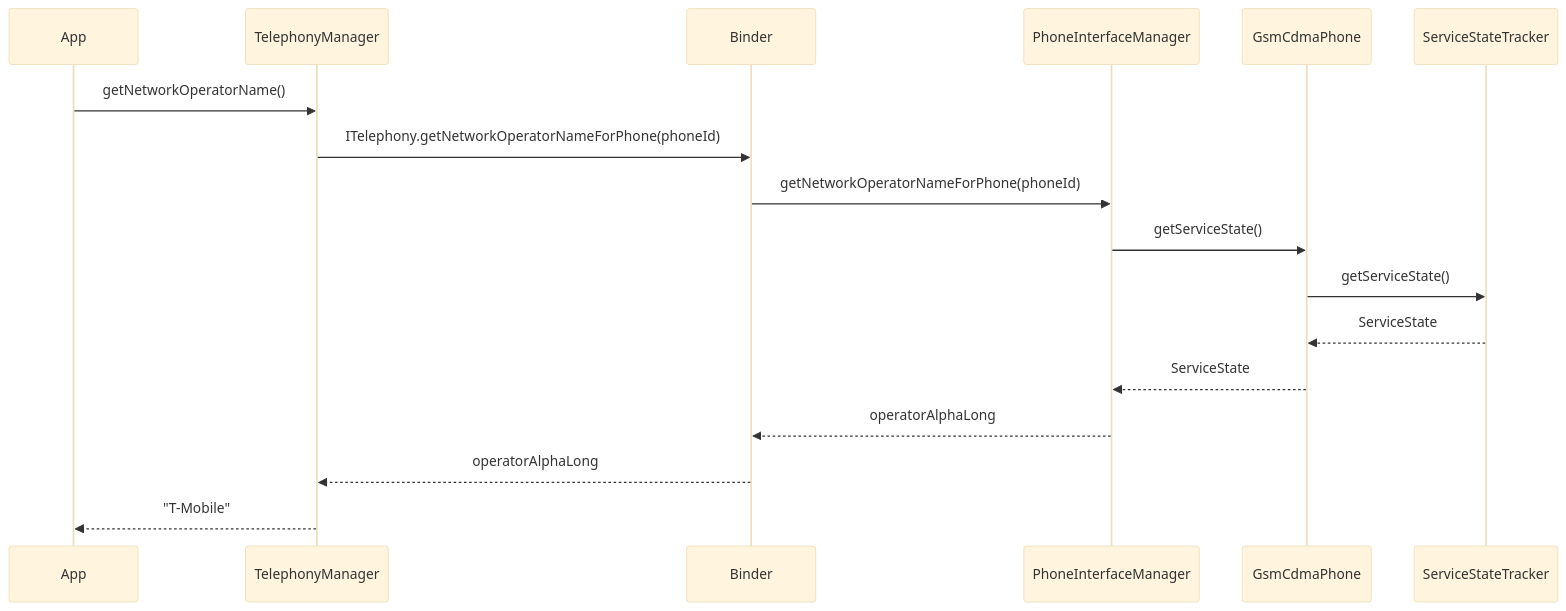
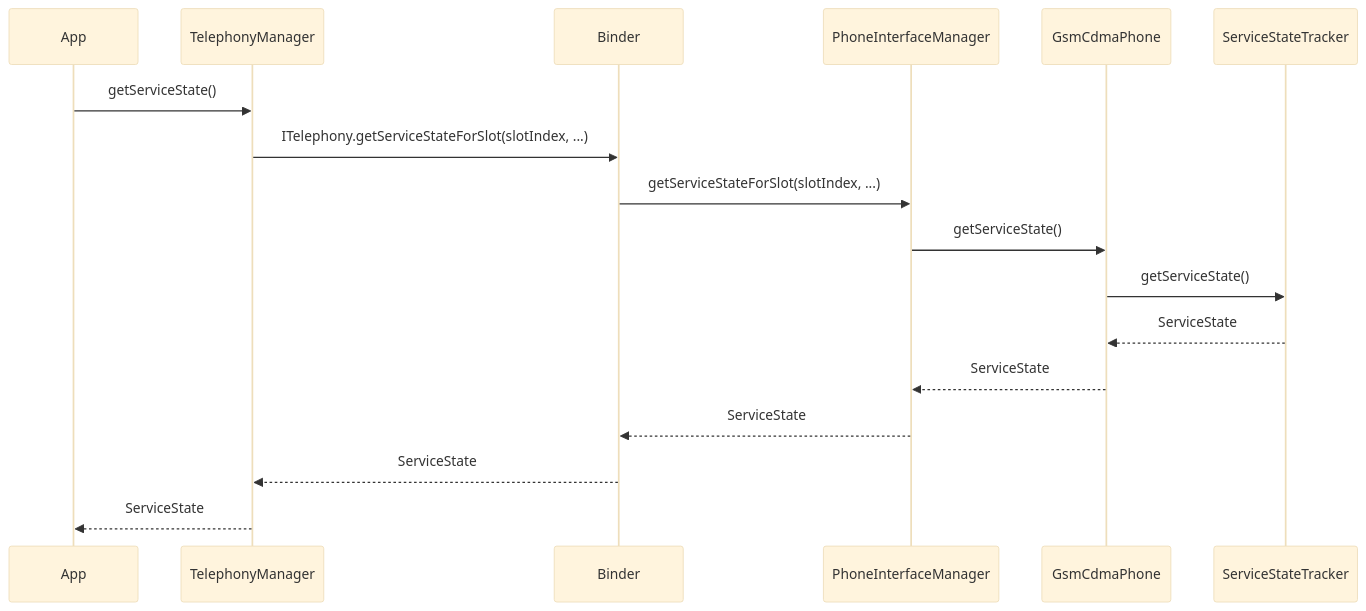
One commit to aospbooks/aosp-internal-book changed the second of 55 diagrams in 36-telephony.md. Above: the diagram before and after it, drawn with Mermaid (base theme). The commit also changed other lines of this file and 218 other files, not shown here.

````diff
--- a/36-telephony.md
+++ b/36-telephony.md
@@ -88,20 +91,20 @@
 ```mermaid
 sequenceDiagram
     participant App
     participant TM as TelephonyManager
     participant Binder
     participant PIM as PhoneInterfaceManager
     participant Phone as GsmCdmaPhone
     participant SST as ServiceStateTracker
 
-    App->>TM: getNetworkOperatorName()
-    TM->>Binder: ITelephony.getNetworkOperatorNameForPhone(phoneId)
-    Binder->>PIM: getNetworkOperatorNameForPhone(phoneId)
+    App->>TM: getServiceState()
+    TM->>Binder: ITelephony.getServiceStateForSlot(slotIndex, ...)
+    Binder->>PIM: getServiceStateForSlot(slotIndex, ...)
     PIM->>Phone: getServiceState()
     Phone->>SST: getServiceState()
     SST-->>Phone: ServiceState
     Phone-->>PIM: ServiceState
-    PIM-->>Binder: operatorAlphaLong
-    Binder-->>TM: operatorAlphaLong
-    TM-->>App: "T-Mobile"
+    PIM-->>Binder: ServiceState
+    Binder-->>TM: ServiceState
+    TM-->>App: ServiceState
 ```
````
